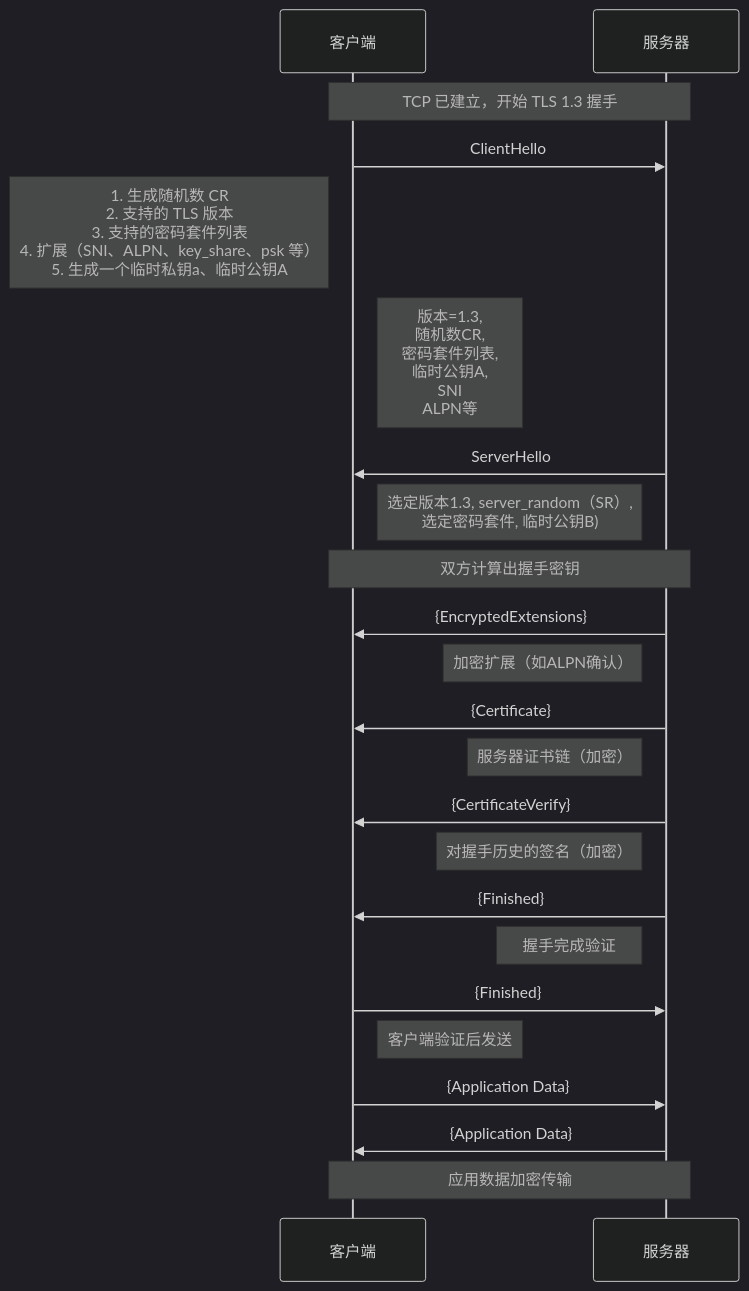
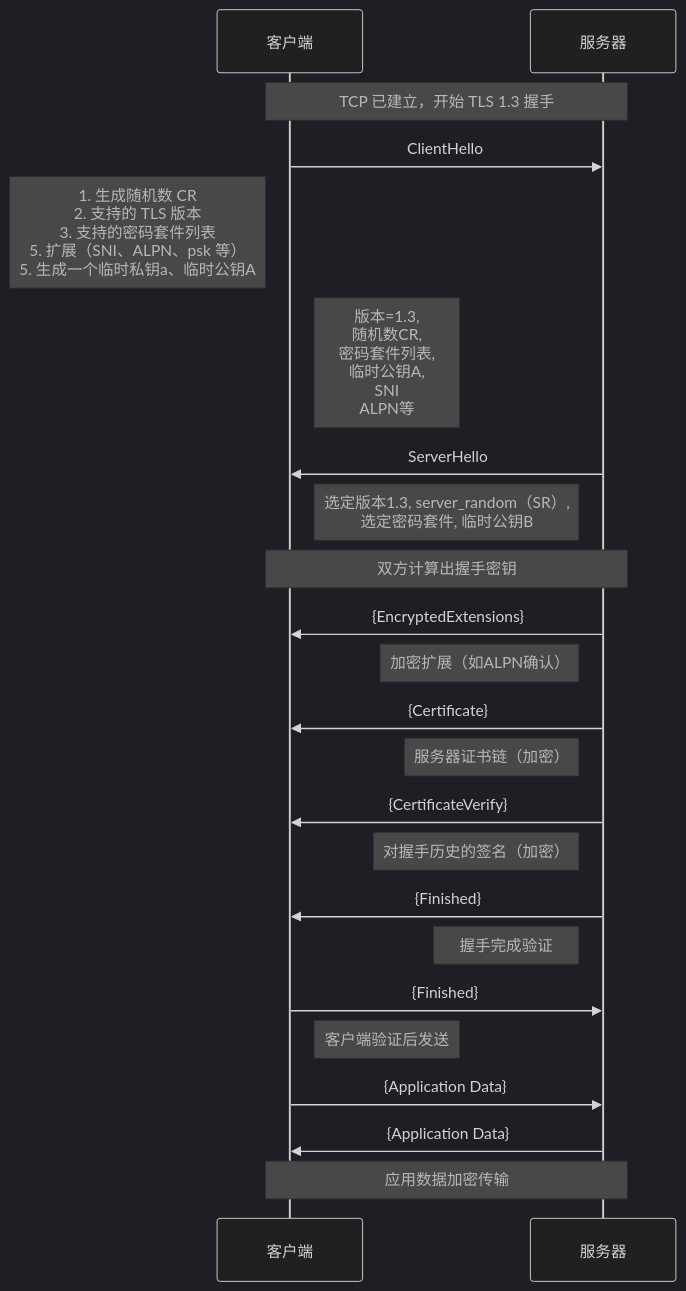
Before and after one commit to HY-10-8/iodraw-files: the diagram in all/TLS-1.3-通用.md, drawn with Mermaid (dark theme).

Commit message:
2026-03-30 17:59:17 update

````diff
--- a/all/TLS-1.3-通用.md
+++ b/all/TLS-1.3-通用.md
@@ -1,35 +1,35 @@
 ```mermaid
 sequenceDiagram
     participant C as 客户端
     participant S as 服务器
 
     Note over C,S: TCP 已建立，开始 TLS 1.3 握手
 
     C->>S: ClientHello
-    Note left of C: 1. 生成随机数 CR<br/> 2. 支持的 TLS 版本<br/> 3. 支持的密码套件列表<br/> 4. 扩展（SNI、ALPN、key_share、psk 等）<br/> 5. 生成一个临时私钥a、临时公钥A
+    Note left of C: 1. 生成随机数 CR<br/> 2. 支持的 TLS 版本<br/> 3. 支持的密码套件列表<br/> 5. 扩展（SNI、ALPN、psk 等）<br/> 5. 生成一个临时私钥a、临时公钥A
     Note right of C: 版本=1.3,<br/> 随机数CR,<br/> 密码套件列表,<br/> 临时公钥A,<br/> SNI<br/> ALPN等
 
     S->>C: ServerHello
-    Note left of S: 选定版本1.3, server_random（SR）,<br/> 选定密码套件, 临时公钥B)
+    Note left of S: 选定版本1.3, server_random（SR）,<br/> 选定密码套件, 临时公钥B
 
     Note over C,S: 双方计算出握手密钥
 
     S->>C: {EncryptedExtensions}
     Note left of S: 加密扩展（如ALPN确认）
 
     S->>C: {Certificate}
     Note left of S: 服务器证书链（加密）
 
     S->>C: {CertificateVerify}
     Note left of S: 对握手历史的签名（加密）
 
     S->>C: {Finished}
     Note left of S: 握手完成验证
 
     C->>S: {Finished}
     Note right of C: 客户端验证后发送
 
     C->>S: {Application Data}
     S->>C: {Application Data}
     Note over C,S: 应用数据加密传输
 ```
````
